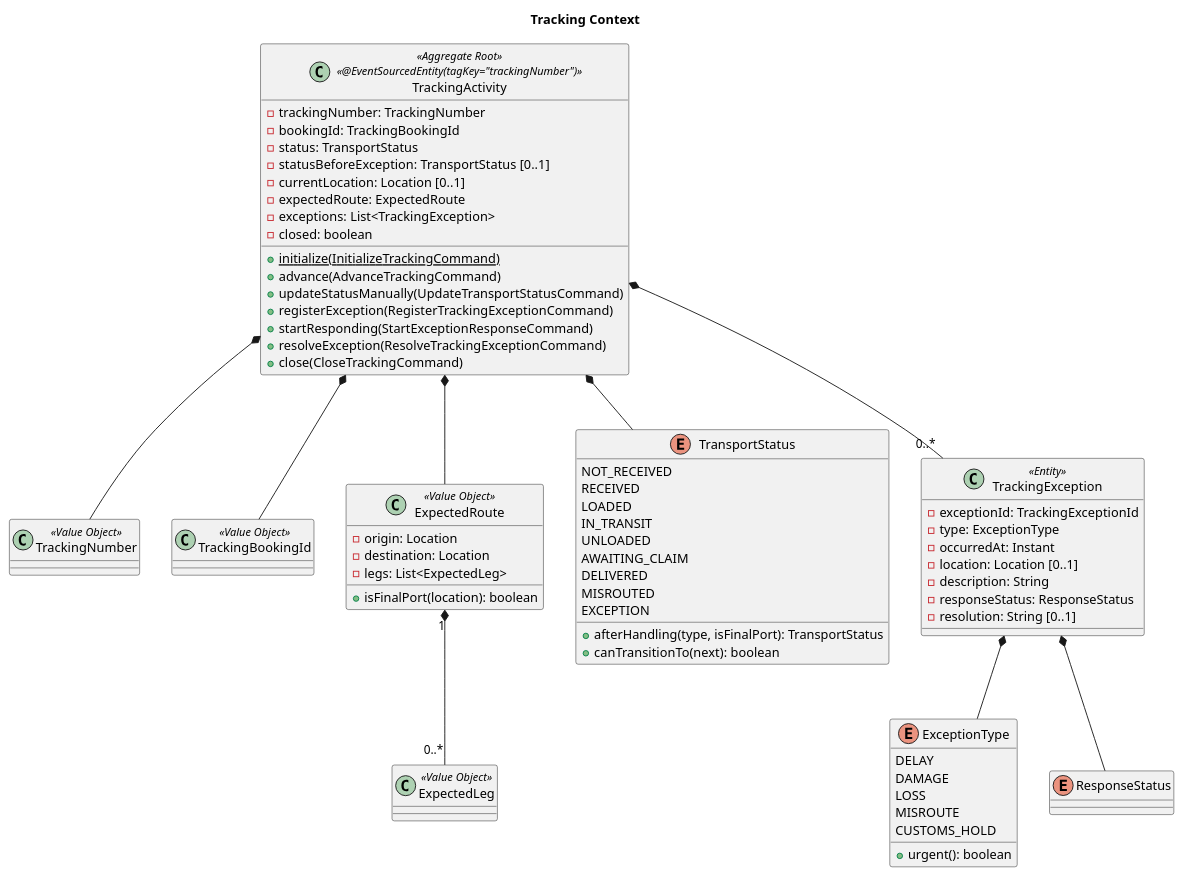
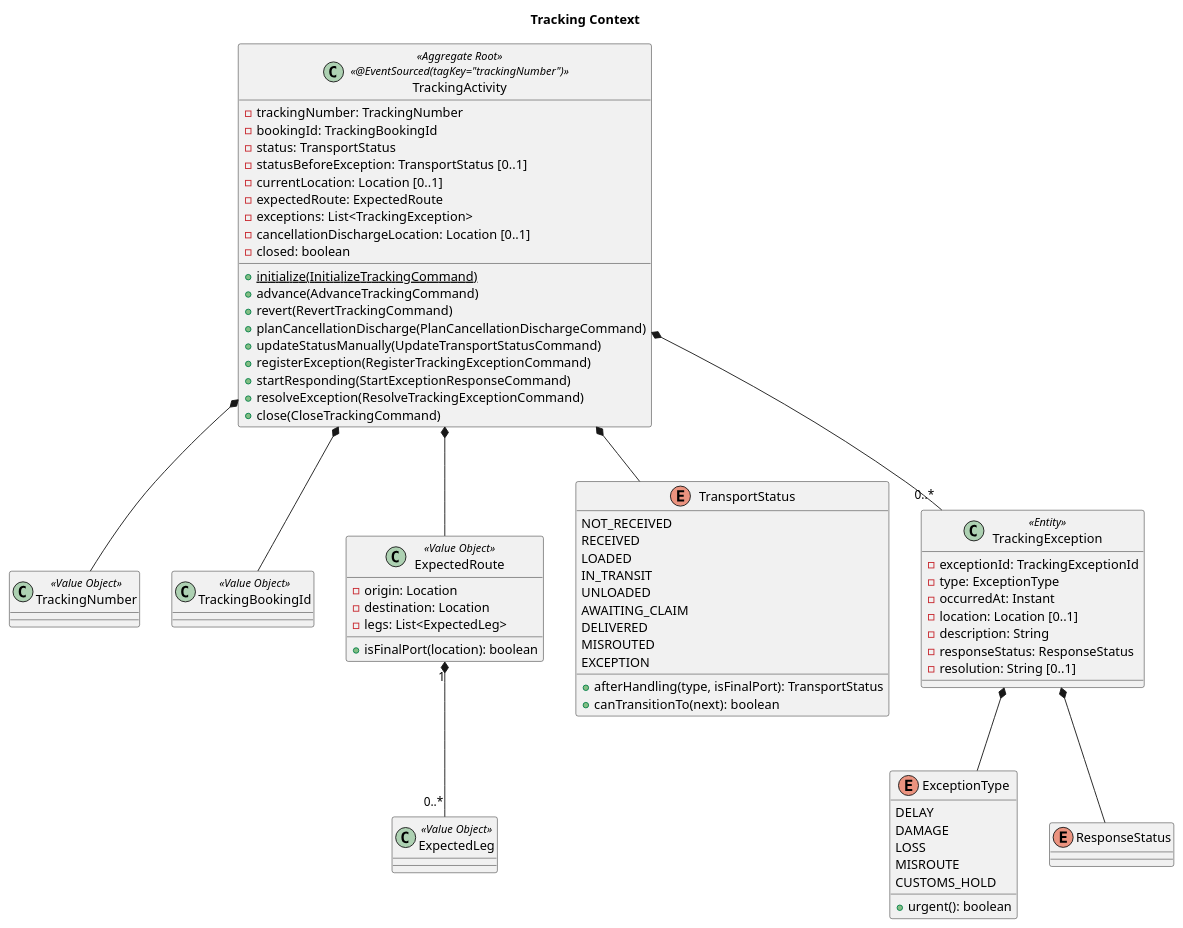
One commit to k2works/case-study-cargo-tracker changed the seventh of 13 diagrams in docs/design/cargo-tracker/domain-model.md. Above: the diagram before and after it, drawn with PlantUML. The commit also changed other lines of this file and 18 other files, not shown here.

````diff
--- a/docs/design/cargo-tracker/domain-model.md
+++ b/docs/design/cargo-tracker/domain-model.md
@@ -663,74 +678,77 @@
 ```plantuml
 @startuml
 title Tracking Context
 
-class TrackingActivity <<Aggregate Root>> <<@EventSourcedEntity(tagKey="trackingNumber")>> {
+class TrackingActivity <<Aggregate Root>> <<@EventSourced(tagKey="trackingNumber")>> {
   - trackingNumber: TrackingNumber
   - bookingId: TrackingBookingId
   - status: TransportStatus
   - statusBeforeException: TransportStatus [0..1]
   - currentLocation: Location [0..1]
   - expectedRoute: ExpectedRoute
   - exceptions: List<TrackingException>
+  - cancellationDischargeLocation: Location [0..1]
   - closed: boolean
   + {static} initialize(InitializeTrackingCommand)
   + advance(AdvanceTrackingCommand)
+  + revert(RevertTrackingCommand)
+  + planCancellationDischarge(PlanCancellationDischargeCommand)
   + updateStatusManually(UpdateTransportStatusCommand)
   + registerException(RegisterTrackingExceptionCommand)
   + startResponding(StartExceptionResponseCommand)
   + resolveException(ResolveTrackingExceptionCommand)
   + close(CloseTrackingCommand)
 }
 class TrackingNumber <<Value Object>>
 class TrackingBookingId <<Value Object>>
 class ExpectedRoute <<Value Object>> {
   - origin: Location
   - destination: Location
   - legs: List<ExpectedLeg>
   + isFinalPort(location): boolean
 }
 class ExpectedLeg <<Value Object>>
 
 enum TransportStatus {
   NOT_RECEIVED
   RECEIVED
   LOADED
   IN_TRANSIT
   UNLOADED
   AWAITING_CLAIM
   DELIVERED
   MISROUTED
   EXCEPTION
   + afterHandling(type, isFinalPort): TransportStatus
   + canTransitionTo(next): boolean
 }
 
 class TrackingException <<Entity>> {
   - exceptionId: TrackingExceptionId
   - type: ExceptionType
   - occurredAt: Instant
   - location: Location [0..1]
   - description: String
   - responseStatus: ResponseStatus
   - resolution: String [0..1]
 }
 enum ExceptionType {
   DELAY
   DAMAGE
   LOSS
   MISROUTE
   CUSTOMS_HOLD
   + urgent(): boolean
 }
 enum ResponseStatus
 
 TrackingActivity *-- TrackingNumber
 TrackingActivity *-- TrackingBookingId
 TrackingActivity *-- TransportStatus
 TrackingActivity *-- ExpectedRoute
 TrackingActivity *-- "0..*" TrackingException
 TrackingException *-- ExceptionType
 TrackingException *-- ResponseStatus
 ExpectedRoute "1" *-- "0..*" ExpectedLeg
 @enduml
 ```
````
